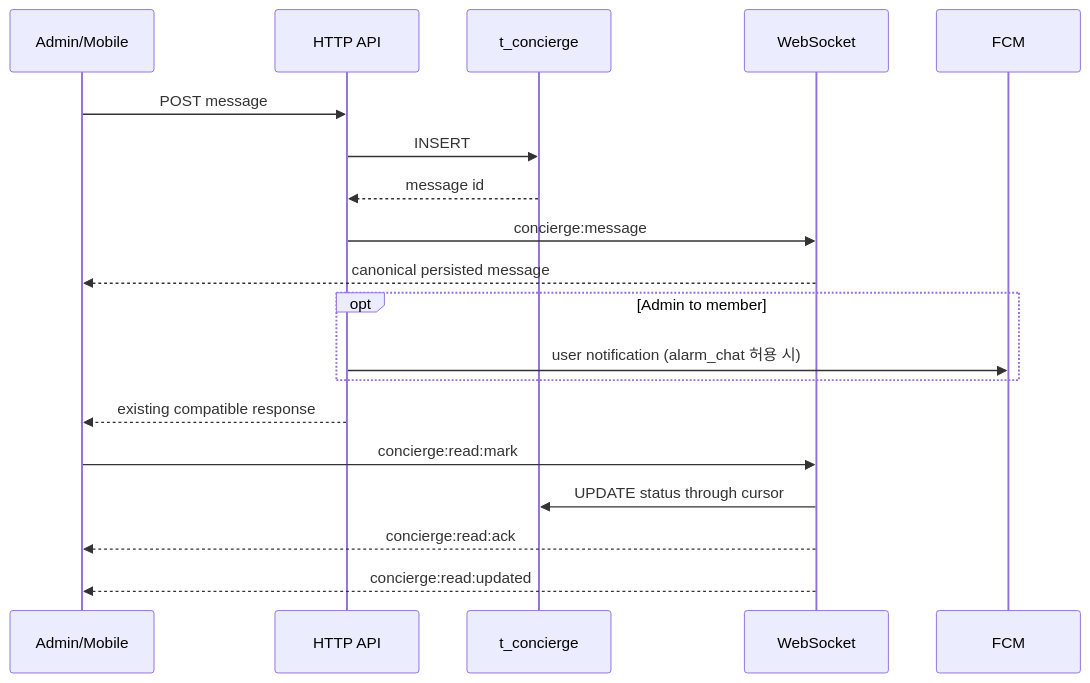
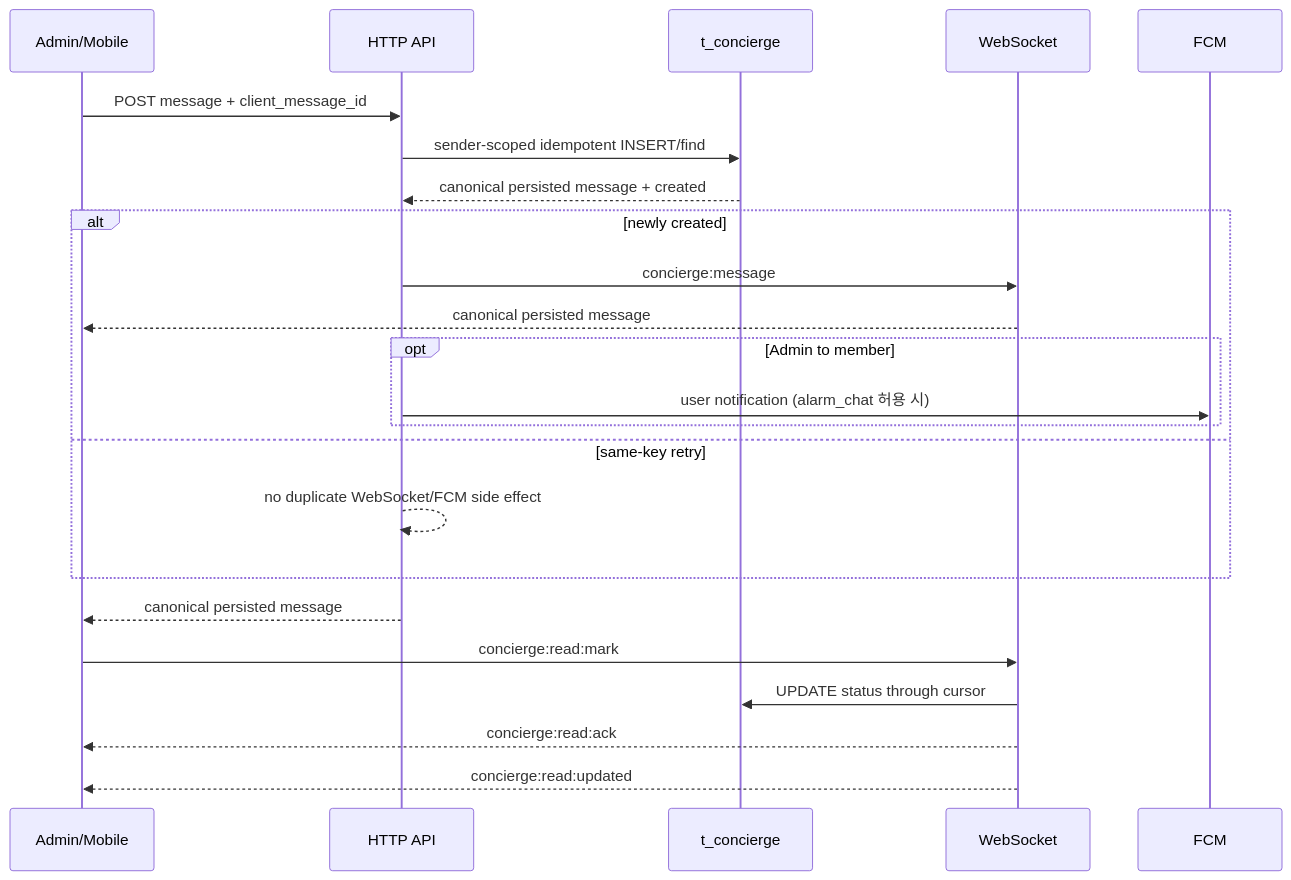
Before and after one commit to coupler-developer/docs: the second of 3 diagrams in content/architecture/chat-system.md, drawn with Mermaid. The commit also changed other lines of this file and 2 other files, not shown here.

````diff
--- a/content/architecture/chat-system.md
+++ b/content/architecture/chat-system.md
@@ -176,22 +194,26 @@
 ```mermaid
 sequenceDiagram
     participant Client as Admin/Mobile
     participant HTTP as HTTP API
     participant DB as t_concierge
     participant WS as WebSocket
     participant FCM as FCM
 
-    Client->>HTTP: POST message
-    HTTP->>DB: INSERT
-    DB-->>HTTP: message id
-    HTTP->>WS: concierge:message
-    WS-->>Client: canonical persisted message
-    opt Admin to member
-        HTTP->>FCM: user notification (alarm_chat 허용 시)
+    Client->>HTTP: POST message + client_message_id
+    HTTP->>DB: sender-scoped idempotent INSERT/find
+    DB-->>HTTP: canonical persisted message + created
+    alt newly created
+        HTTP->>WS: concierge:message
+        WS-->>Client: canonical persisted message
+        opt Admin to member
+            HTTP->>FCM: user notification (alarm_chat 허용 시)
+        end
+    else same-key retry
+        HTTP-->>HTTP: no duplicate WebSocket/FCM side effect
     end
-    HTTP-->>Client: existing compatible response
+    HTTP-->>Client: canonical persisted message
     Client->>WS: concierge:read:mark
     WS->>DB: UPDATE status through cursor
     WS-->>Client: concierge:read:ack
     WS-->>Client: concierge:read:updated
 ```
````
